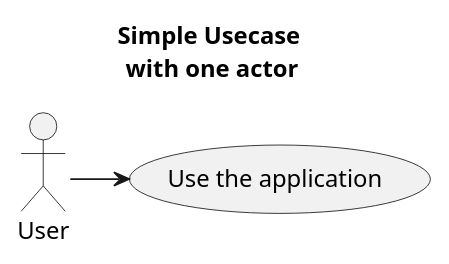
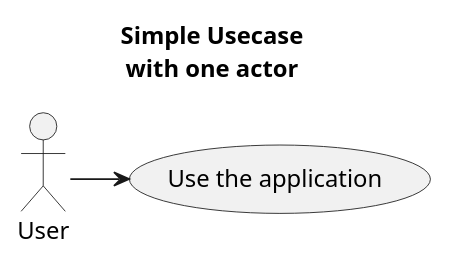
One commit to showa-yojyo/clipart changed the diagram in plantuml/01-usecase/usecase11.pu. Above: the diagram before and after it, drawn with PlantUML. The commit also changed other lines of this file and 15 other files, not shown here.

Commit message:
(plantuml/01-usecase) Fix miscopied statements.

```diff
--- a/plantuml/01-usecase/usecase11.pu
+++ b/plantuml/01-usecase/usecase11.pu
@@ -2,5 +2,7 @@
 @startuml
-title Simple <b>Usecase </b>\nwith one actor
+title Simple <b>Usecase</b>\nwith one actor
+
 "Use the application" as (Use)
 User -> (Use)
+
 @enduml
```
